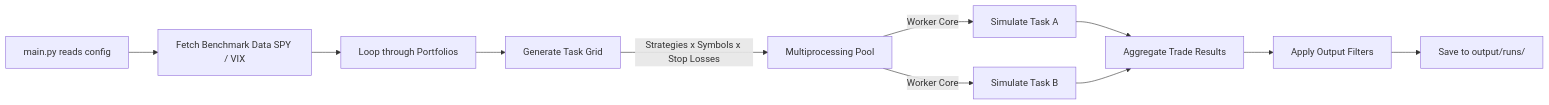
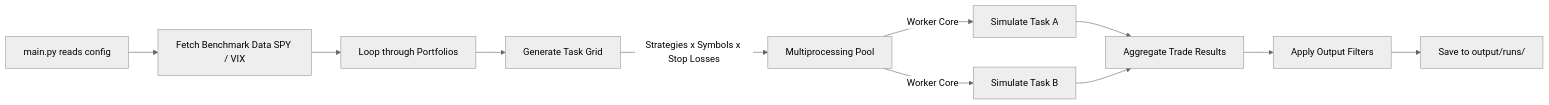
One commit to zachisit/july-backtester changed the diagram in docs/README_full.md. Above: the diagram before and after it, drawn with Mermaid. The commit also changed 2 other files, not shown here.

Commit message:
docs: add neutral theme init to all Mermaid charts for consistent GitHub rendering

````diff
--- a/docs/README_full.md
+++ b/docs/README_full.md
@@ -1149,12 +1149,13 @@
 ```mermaid
+%%{init: {'theme': 'neutral'}}%%
 flowchart LR
     A[main.py reads config] --> B[Fetch Benchmark Data SPY / VIX]
     B --> C[Loop through Portfolios]
     C --> D[Generate Task Grid]
     D -->|Strategies x Symbols x Stop Losses| E[Multiprocessing Pool]
     E -->|Worker Core| F[Simulate Task A]
     E -->|Worker Core| G[Simulate Task B]
     F & G --> H[Aggregate Trade Results]
     H --> I[Apply Output Filters]
     I --> J[Save to output/runs/]
 ```
````
